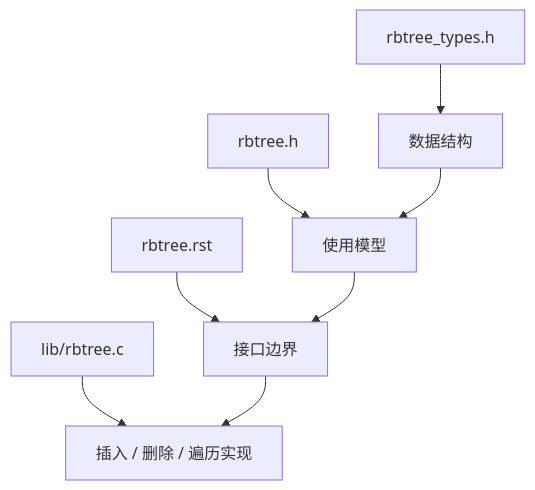
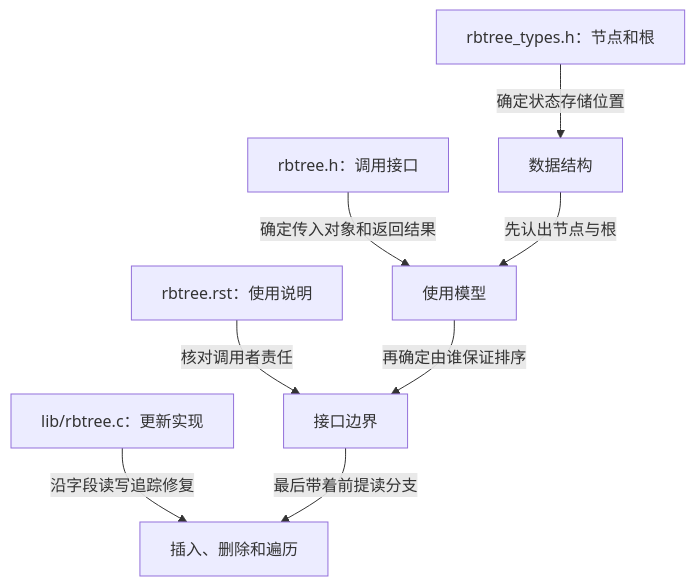
The first of 24 diagrams in knowledge/linux/data_structures/红黑树_rb-tree/P08_Linux_6.12_内核_rbtree_基础结构与工程模型.md (FormingSystem/linux_note), drawn with Mermaid before and after one commit. The commit also changed other lines of this file and 13 other files, not shown here.

````diff
--- a/knowledge/linux/data_structures/红黑树_rb-tree/P08_Linux_6.12_内核_rbtree_基础结构与工程模型.md
+++ b/knowledge/linux/data_structures/红黑树_rb-tree/P08_Linux_6.12_内核_rbtree_基础结构与工程模型.md
@@ -131,21 +37,10 @@
 ```mermaid
 graph TD
-	rb_types["rbtree_types.h"]
-	rb_api["rbtree.h"]
-	rb_doc["rbtree.rst"]
-	rb_impl["lib/rbtree.c"]
-
-	rb_data["数据结构"]
-	rb_usage["使用模型"]
-	rb_contract["接口边界"]
-	rb_algorithm["插入 / 删除 / 遍历实现"]
-
-	rb_types --> rb_data
-	rb_api --> rb_usage
-	rb_doc --> rb_contract
-	rb_impl --> rb_algorithm
-
-	rb_data --> rb_usage
-	rb_usage --> rb_contract
-	rb_contract --> rb_algorithm
+    rb_types["rbtree_types.h：节点和根"] -->|确定状态存储位置| rb_data["数据结构"]
+    rb_api["rbtree.h：调用接口"] -->|确定传入对象和返回结果| rb_usage["使用模型"]
+    rb_doc["rbtree.rst：使用说明"] -->|核对调用者责任| rb_contract["接口边界"]
+    rb_impl["lib/rbtree.c：更新实现"] -->|沿字段读写追踪修复| rb_algorithm["插入、删除和遍历"]
+    rb_data -->|先认出节点与根| rb_usage
+    rb_usage -->|再确定由谁保证排序| rb_contract
+    rb_contract -->|最后带着前提读分支| rb_algorithm
 ```
````
